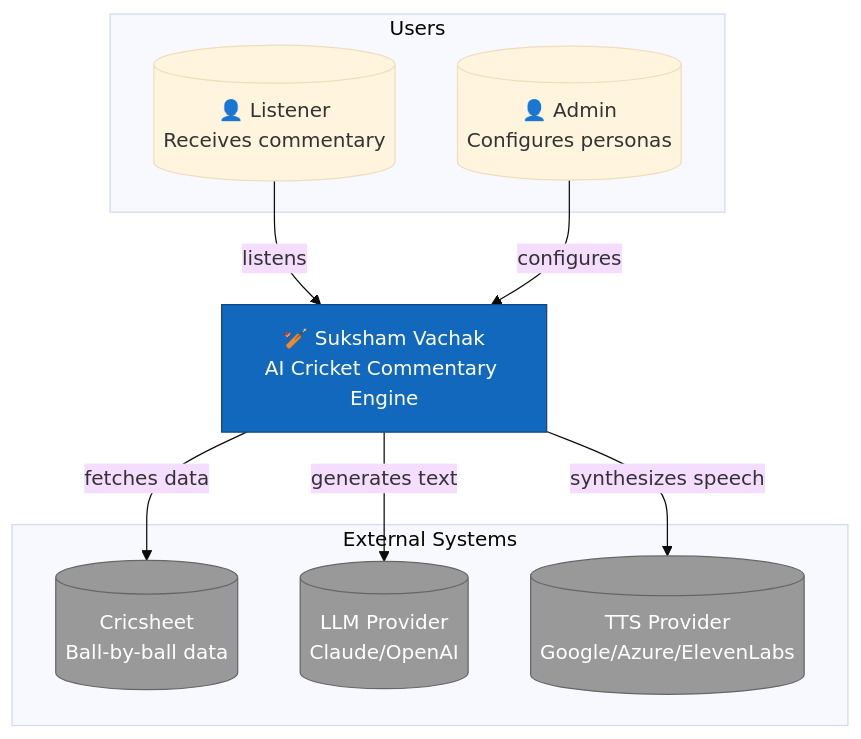
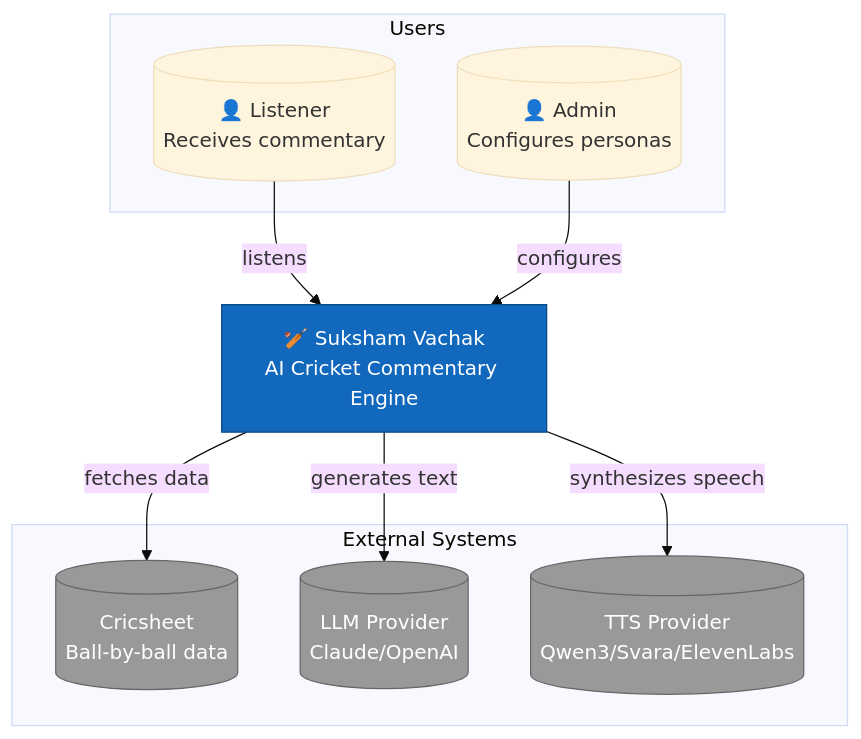
One commit to dev-globalveda/suksham-vachak changed the first of 8 diagrams in docs/ARCHITECTURE.md. Above: the diagram before and after it, drawn with Mermaid (base theme). The commit also changed other lines of this file and 6 other files, not shown here.

````diff
--- a/docs/ARCHITECTURE.md
+++ b/docs/ARCHITECTURE.md
@@ -13,26 +13,26 @@
 ```mermaid
 graph TB
     subgraph ext [External Systems]
         CS[("Cricsheet<br/>Ball-by-ball data")]
         LLM[("LLM Provider<br/>Claude/OpenAI")]
-        TTS[("TTS Provider<br/>Google/Azure/ElevenLabs")]
+        TTS[("TTS Provider<br/>Qwen3/Svara/ElevenLabs")]
     end
 
     subgraph users [Users]
         U1[("👤 Listener<br/>Receives commentary")]
         U2[("👤 Admin<br/>Configures personas")]
     end
 
     SV["🏏 Suksham Vachak<br/>AI Cricket Commentary Engine"]
 
     U1 -->|listens| SV
     U2 -->|configures| SV
     SV -->|fetches data| CS
     SV -->|generates text| LLM
     SV -->|synthesizes speech| TTS
 
     style SV fill:#1168bd,stroke:#0b4884,color:#fff
     style CS fill:#999,stroke:#666,color:#fff
     style LLM fill:#999,stroke:#666,color:#fff
     style TTS fill:#999,stroke:#666,color:#fff
 ```
````
